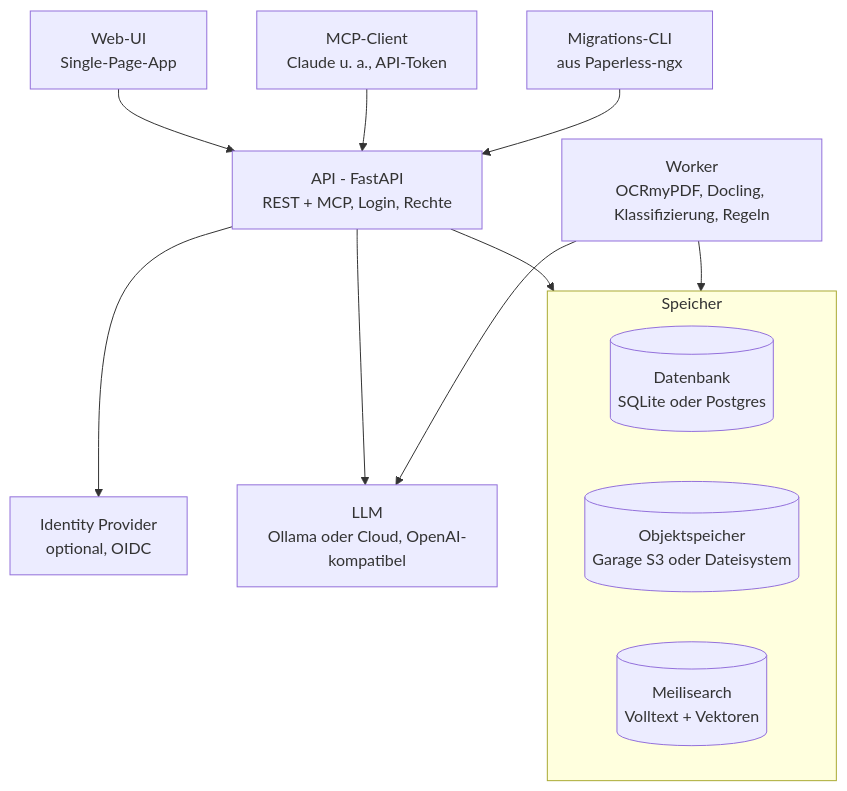
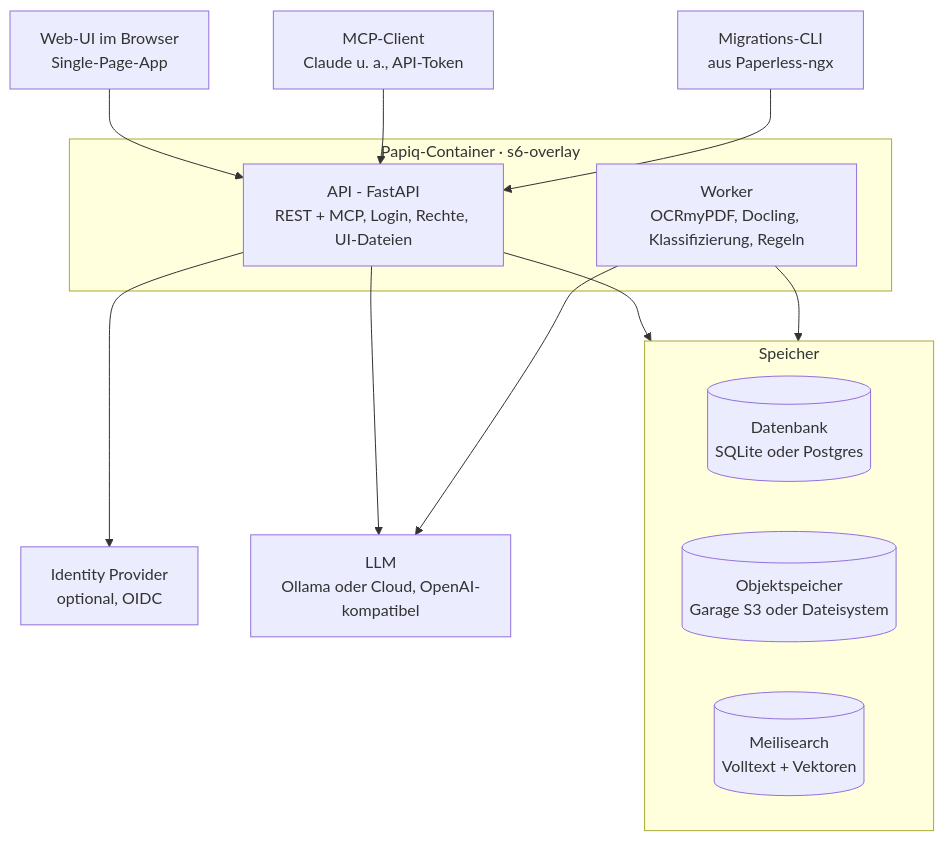
The diagram in .idea/architektur.md (tb1337/papiq), drawn with Mermaid before and after one commit. The commit also changed other lines of this file and 2 other files, not shown here.

First line of the commit message:
Plan Papiq as a single container supervised by s6-overlay

````diff
--- a/.idea/architektur.md
+++ b/.idea/architektur.md
@@ -22,23 +22,25 @@
 ```mermaid
 flowchart TB
-    ui[Web-UI<br/>Single-Page-App]
+    ui[Web-UI im Browser<br/>Single-Page-App]
     mcp[MCP-Client<br/>Claude u. a., API-Token]
     cli[Migrations-CLI<br/>aus Paperless-ngx]
-    api[API - FastAPI<br/>REST + MCP, Login, Rechte]
+    subgraph papiq[Papiq-Container · s6-overlay]
+        api[API - FastAPI<br/>REST + MCP, Login, Rechte, UI-Dateien]
+        worker[Worker<br/>OCRmyPDF, Docling, Klassifizierung, Regeln]
+    end
     idp[Identity Provider<br/>optional, OIDC]
-    worker[Worker<br/>OCRmyPDF, Docling, Klassifizierung, Regeln]
     llm[LLM<br/>Ollama oder Cloud, OpenAI-kompatibel]
     subgraph speicher[Speicher]
         db[(Datenbank<br/>SQLite oder Postgres)]
         s3[(Objektspeicher<br/>Garage S3 oder Dateisystem)]
         search[(Meilisearch<br/>Volltext + Vektoren)]
     end
     ui --> api
     mcp --> api
     cli --> api
     api --> idp
     api --> llm
     worker --> llm
     api --> speicher
     worker --> speicher
 ```
````
